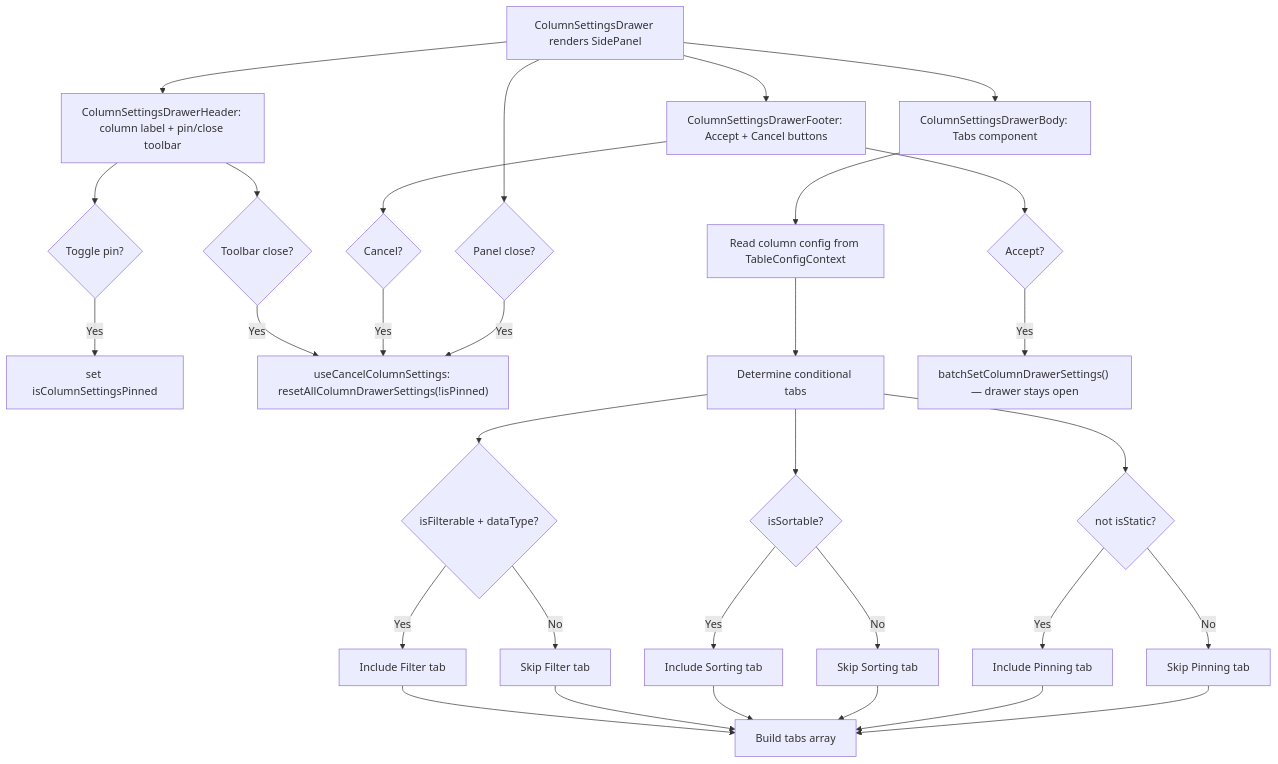
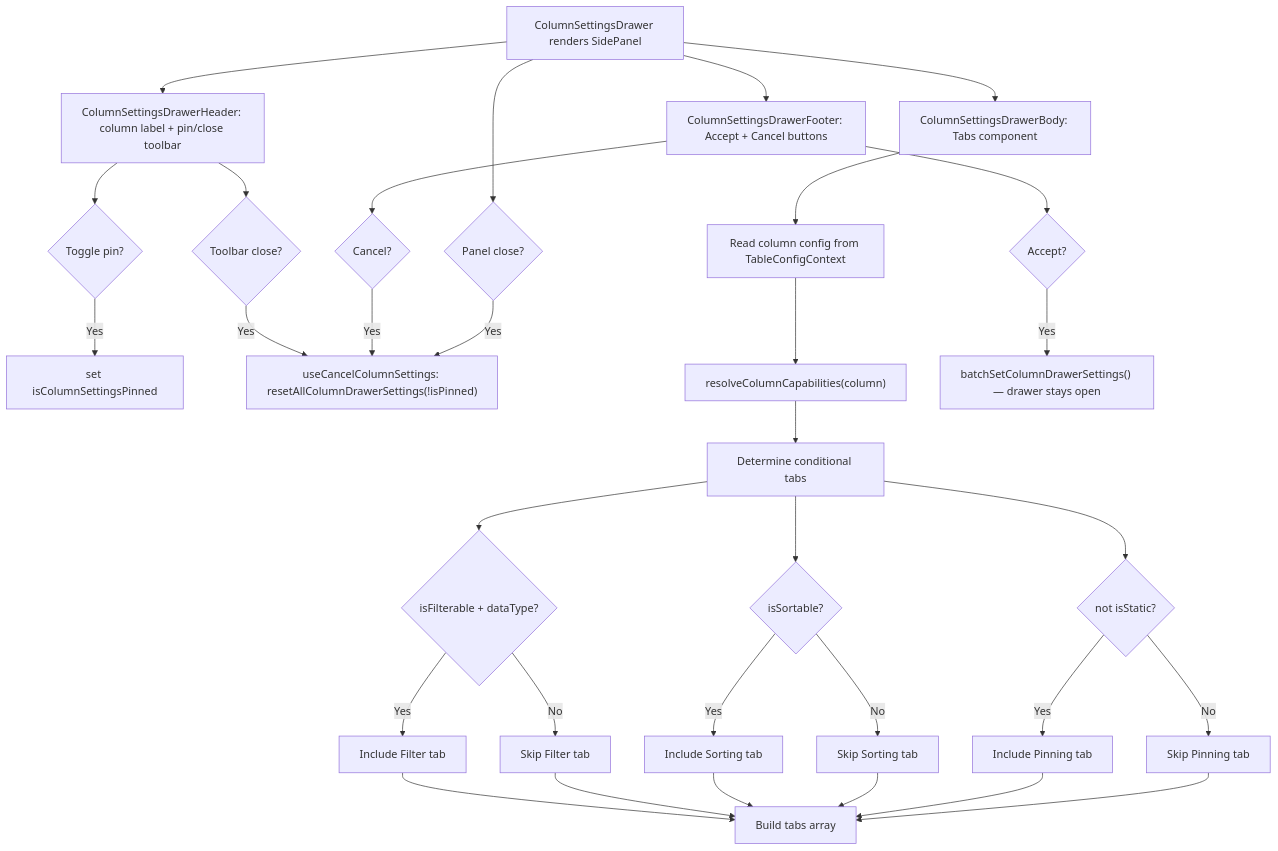
Before and after one commit to luciocabrera/lcabrera-stack: the second of 2 diagrams in packages/ui/src/components/Table/ColumnSettingsDrawer/ARCHITECTURE.md, drawn with Mermaid. The commit also changed other lines of this file and 47 other files, not shown here.

First line of the commit message:
refactor(ui): resolve column capability defaults in one place (#628)

````diff
--- a/packages/ui/src/components/Table/ColumnSettingsDrawer/ARCHITECTURE.md
+++ b/packages/ui/src/components/Table/ColumnSettingsDrawer/ARCHITECTURE.md
@@ -130,37 +130,38 @@
 ```mermaid
 graph TD
   A["ColumnSettingsDrawer renders SidePanel"] --> O["ColumnSettingsDrawerHeader: column label + pin/close toolbar"]
   A --> P["ColumnSettingsDrawerBody: Tabs component"]
   A --> Q["ColumnSettingsDrawerFooter: Accept + Cancel buttons"]
 
   O --> W{Toggle pin?}
   W -- Yes --> X["set isColumnSettingsPinned"]
   O --> T2{Toolbar close?}
   T2 -- Yes --> U
 
   P --> B[Read column config from TableConfigContext]
-  B --> C[Determine conditional tabs]
+  B --> RC["resolveColumnCapabilities(column)"]
+  RC --> C[Determine conditional tabs]
   C --> D{isFilterable + dataType?}
   D -- Yes --> E[Include Filter tab]
   D -- No --> F[Skip Filter tab]
   C --> G{isSortable?}
   G -- Yes --> H[Include Sorting tab]
   G -- No --> I[Skip Sorting tab]
   C --> J{not isStatic?}
   J -- Yes --> K[Include Pinning tab]
   J -- No --> L[Skip Pinning tab]
 
   E --> M["Build tabs array"]
   F --> M
   H --> M
   I --> M
   K --> M
   L --> M
 
   Q --> R{Accept?}
   R -- Yes --> S["batchSetColumnDrawerSettings() — drawer stays open"]
   Q --> T{Cancel?}
   T -- Yes --> U["useCancelColumnSettings: resetAllColumnDrawerSettings(!isPinned)"]
   A --> T3{Panel close?}
   T3 -- Yes --> U
 ```
````
